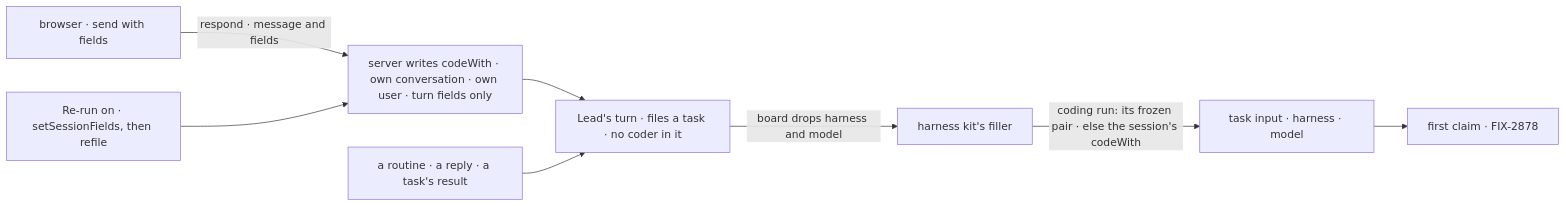
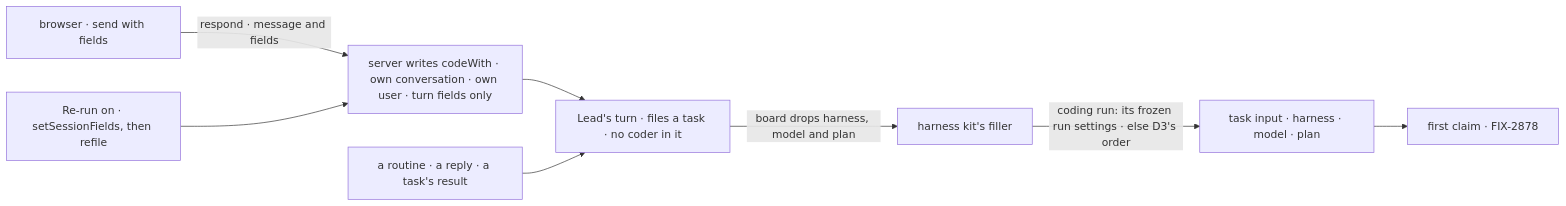
One commit to fixpoint-labs/flow-state-dev changed the second of 2 diagrams in specs/issues/FIX-2879/SPEC.md. Above: the diagram before and after it, drawn with Mermaid. The commit also changed other lines of this file and 1 other file, not shown here.

First line of the commit message:
spec(FIX-2879): fold cross-spec review: plan in codeWith, run settings triple, amendment on #5605

````diff
--- a/specs/issues/FIX-2879/SPEC.md
+++ b/specs/issues/FIX-2879/SPEC.md
@@ -102,10 +102,10 @@
 ```mermaid
 flowchart LR
   B["browser · send with fields"] -->|"respond · message and fields"| W["server writes codeWith · own conversation · own user · turn fields only"]
   W --> L["Lead's turn · files a task · no coder in it"]
   N["a routine · a reply · a task's result"] --> L
-  L -->|"board drops harness and model"| F["harness kit's filler"]
-  F -->|"coding run: its frozen pair · else the session's codeWith"| I["task input · harness · model"]
+  L -->|"board drops harness, model and plan"| F["harness kit's filler"]
+  F -->|"coding run: its frozen run settings · else D3's order"| I["task input · harness · model · plan"]
   I --> C["first claim · FIX-2878"]
   X["Re-run on · setSessionFields, then refile"] --> W
 ```
````
